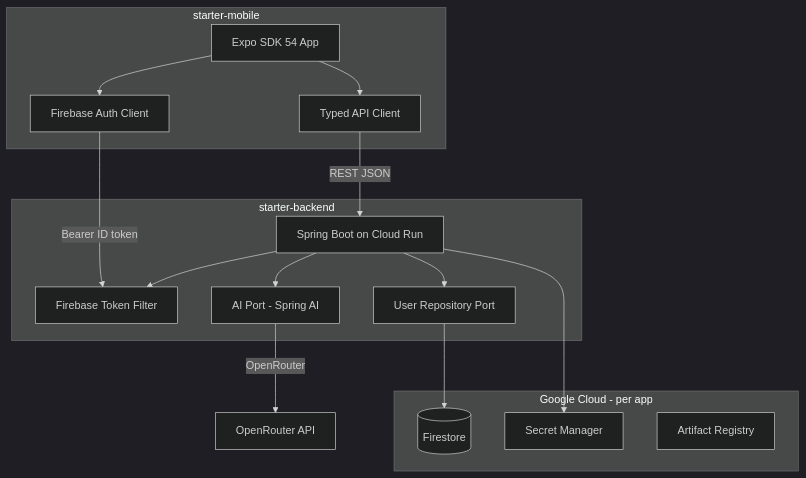
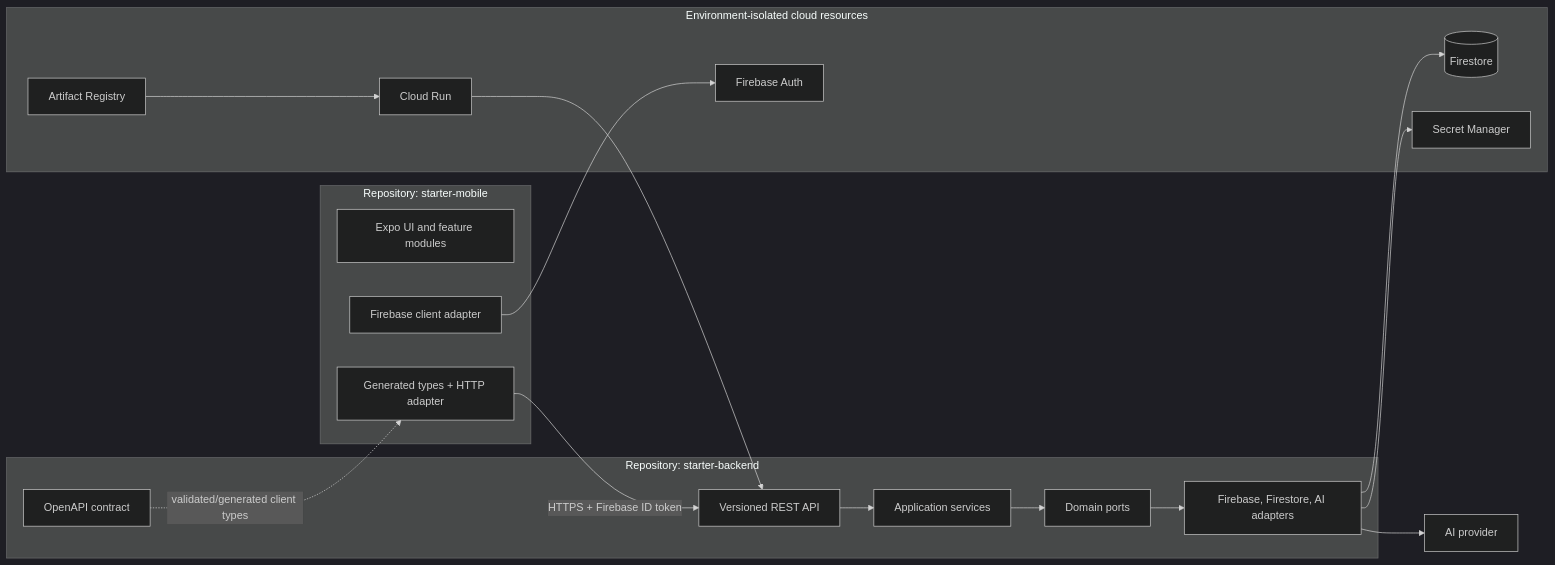
The diagram in docs/ARCHITECTURE_OVERVIEW.md (patrikbego/starter), drawn with Mermaid (dark theme) before and after one commit. The commit also changed other lines of this file and 39 other files, not shown here.

Commit message:
Document two-repository starter architecture

````diff
--- a/docs/ARCHITECTURE_OVERVIEW.md
+++ b/docs/ARCHITECTURE_OVERVIEW.md
@@ -7,32 +9,34 @@
 ```mermaid
-flowchart TB
-  subgraph mobile [starter-mobile]
-    ExpoApp[Expo SDK 54 App]
-    FirebaseClient[Firebase Auth Client]
-    ApiClient[Typed API Client]
-    ExpoApp --> FirebaseClient
-    ExpoApp --> ApiClient
+flowchart LR
+  subgraph mobileRepo["Repository: starter-mobile"]
+    UI["Expo UI and feature modules"]
+    AuthClient["Firebase client adapter"]
+    ApiClient["Generated types + HTTP adapter"]
   end
 
-  subgraph backend [starter-backend]
-    CloudRun[Spring Boot on Cloud Run]
-    AuthFilter[Firebase Token Filter]
-    AiPort[AI Port - Spring AI]
-    UserRepo[User Repository Port]
-    CloudRun --> AuthFilter
-    CloudRun --> AiPort
-    CloudRun --> UserRepo
+  subgraph backendRepo["Repository: starter-backend"]
+    API["Versioned REST API"]
+    App["Application services"]
+    Ports["Domain ports"]
+    Adapters["Firebase, Firestore, AI adapters"]
+    Contract["OpenAPI contract"]
   end
 
-  subgraph gcp [Google Cloud - per app]
-    Firestore[(Firestore)]
-    SecretMgr[Secret Manager]
-    ArtifactReg[Artifact Registry]
+  subgraph cloud["Environment-isolated cloud resources"]
+    Firebase["Firebase Auth"]
+    Run["Cloud Run"]
+    DB[("Firestore")]
+    Secrets["Secret Manager"]
+    Registry["Artifact Registry"]
   end
 
-  FirebaseClient -->|"Bearer ID token"| AuthFilter
-  ApiClient -->|"REST JSON"| CloudRun
-  UserRepo --> Firestore
-  AiPort -->|"OpenRouter"| OpenRouter[OpenRouter API]
-  CloudRun --> SecretMgr
+  AuthClient --> Firebase
+  ApiClient -->|"HTTPS + Firebase ID token"| API
+  Contract -.->|"validated/generated client types"| ApiClient
+  API --> App --> Ports --> Adapters
+  Run --> API
+  Adapters --> DB
+  Adapters --> Secrets
+  Adapters --> AI["AI provider"]
+  Registry --> Run
 ```
````
